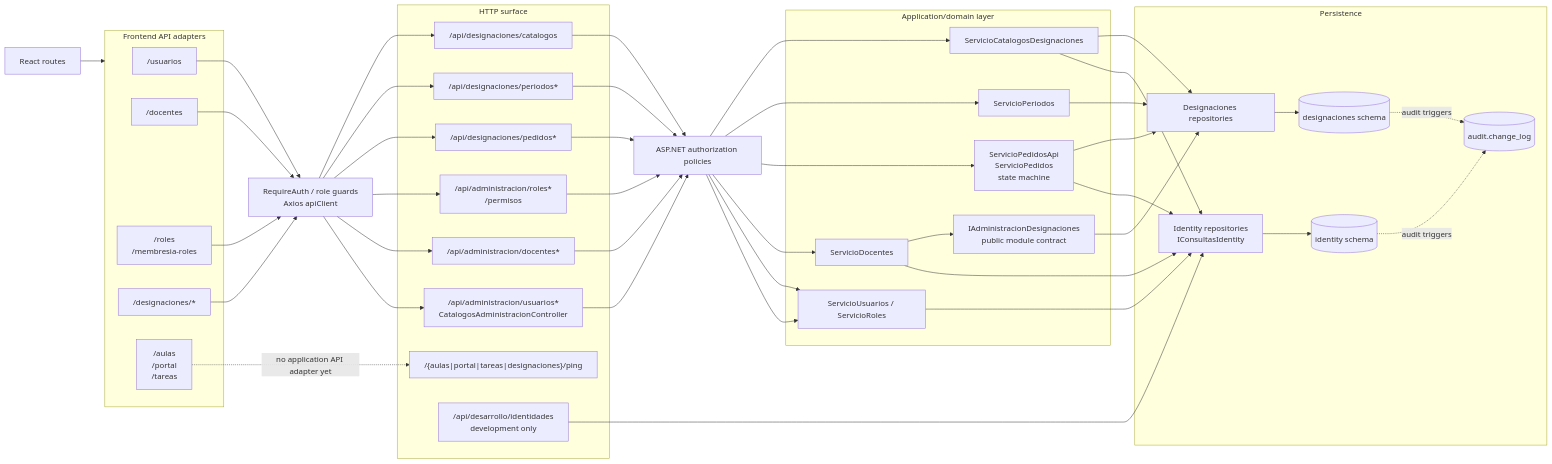
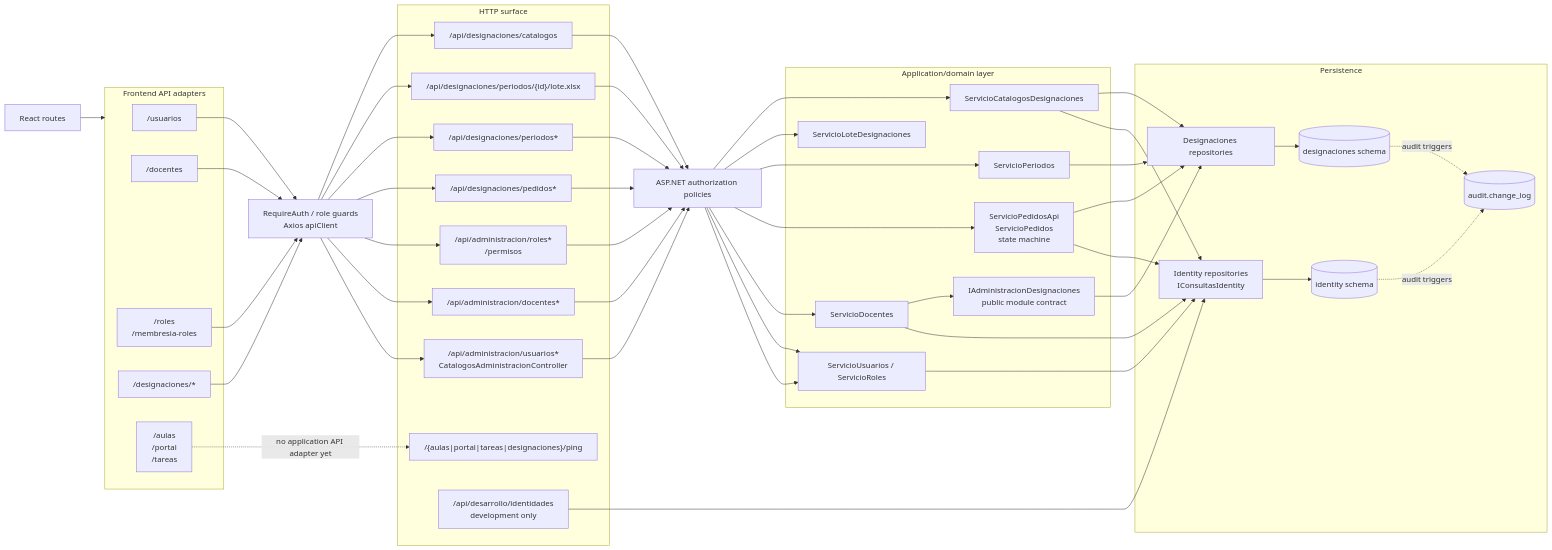
One commit to Ars-Docendi/ars-docendi changed the diagram in docs/architecture/diagrams/endpoints-flow.md. Above: the diagram before and after it, drawn with Mermaid. The commit also changed 116 other files, not shown here.

````diff
--- a/docs/architecture/diagrams/endpoints-flow.md
+++ b/docs/architecture/diagrams/endpoints-flow.md
@@ -1,78 +1,82 @@
 ```mermaid
 flowchart LR
     Browser["React routes"]
 
     subgraph Frontend["Frontend API adapters"]
         UsersUI["/usuarios"]
         TeachersUI["/docentes"]
         RolesUI["/roles<br/>/membresia-roles"]
         RequestsUI["/designaciones/*"]
         EmptyUI["/aulas<br/>/portal<br/>/tareas"]
     end
 
     Auth["RequireAuth / role guards<br/>Axios apiClient"]
     Policies["ASP.NET authorization policies"]
 
     subgraph Controllers["HTTP surface"]
         UsersAPI["/api/administracion/usuarios*<br/>CatalogosAdministracionController"]
         TeachersAPI["/api/administracion/docentes*"]
         RolesAPI["/api/administracion/roles*<br/>/permisos"]
         RequestsAPI["/api/designaciones/pedidos*"]
         PeriodsAPI["/api/designaciones/periodos*"]
+        BatchAPI["/api/designaciones/periodos/{id}/lote.xlsx"]
         DesignationCatalogs["/api/designaciones/catalogos"]
         Pings["/{aulas|portal|tareas|designaciones}/ping"]
         DevAPI["/api/desarrollo/identidades<br/>development only"]
     end
 
     subgraph Services["Application/domain layer"]
         UserServices["ServicioUsuarios / ServicioRoles"]
         TeacherService["ServicioDocentes"]
         RequestService["ServicioPedidosApi<br/>ServicioPedidos<br/>state machine"]
         PeriodService["ServicioPeriodos"]
+        BatchService["ServicioLoteDesignaciones"]
         CatalogService["ServicioCatalogosDesignaciones"]
         DesignationContract["IAdministracionDesignaciones<br/>public module contract"]
     end
 
     subgraph Persistence["Persistence"]
         IdentityRepos["Identity repositories<br/>IConsultasIdentity"]
         DesignationRepos["Designaciones repositories"]
         IdentityDB[("identity schema")]
         DesignationDB[("designaciones schema")]
         AuditDB[("audit.change_log")]
     end
 
     Browser --> Frontend
     UsersUI --> Auth --> UsersAPI
     TeachersUI --> Auth --> TeachersAPI
     RolesUI --> Auth --> RolesAPI
     RequestsUI --> Auth
     Auth --> RequestsAPI
     Auth --> PeriodsAPI
+    Auth --> BatchAPI
     Auth --> DesignationCatalogs
 
     UsersAPI --> Policies --> UserServices
     RolesAPI --> Policies --> UserServices
     TeachersAPI --> Policies --> TeacherService
     RequestsAPI --> Policies --> RequestService
     PeriodsAPI --> Policies --> PeriodService
+    BatchAPI --> Policies --> BatchService
     DesignationCatalogs --> Policies --> CatalogService
 
     UserServices --> IdentityRepos --> IdentityDB
 
     TeacherService --> IdentityRepos
     TeacherService --> DesignationContract
     DesignationContract --> DesignationRepos
 
     RequestService --> IdentityRepos
     RequestService --> DesignationRepos
     PeriodService --> DesignationRepos
     CatalogService --> IdentityRepos
     CatalogService --> DesignationRepos
     DesignationRepos --> DesignationDB
 
     IdentityDB -. "audit triggers" .-> AuditDB
     DesignationDB -. "audit triggers" .-> AuditDB
 
     EmptyUI -. "no application API adapter yet" .-> Pings
     DevAPI --> IdentityRepos
 ```
````
